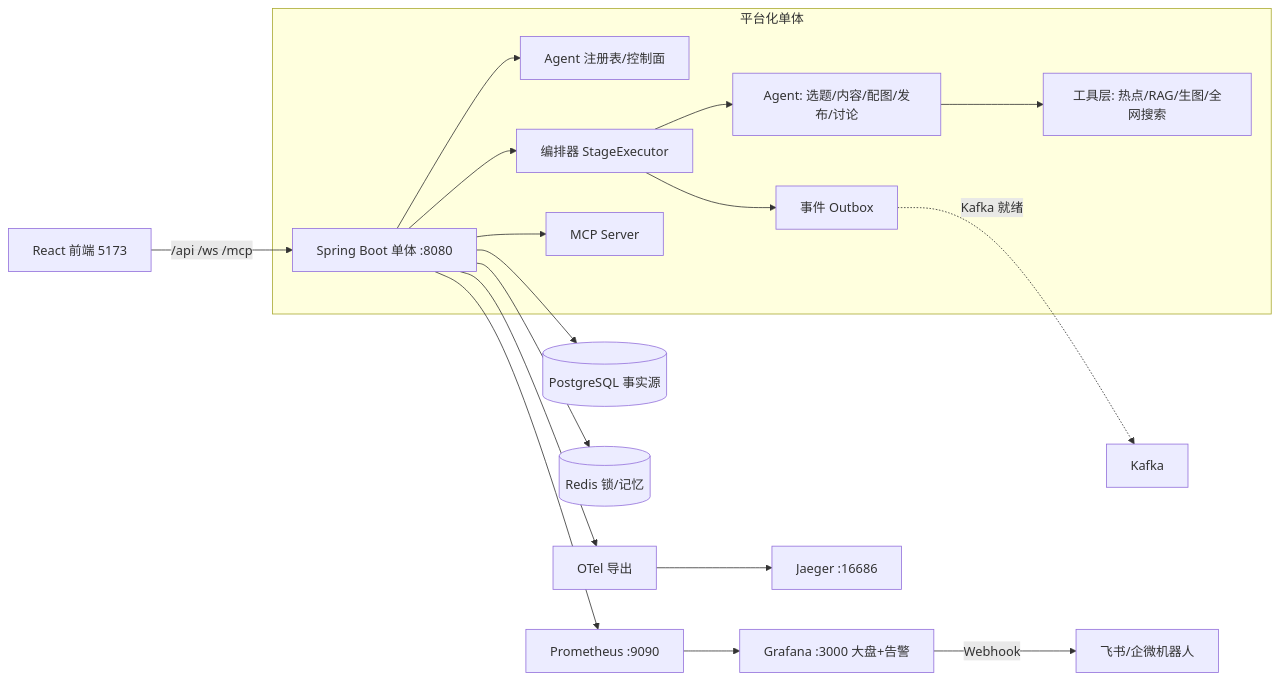
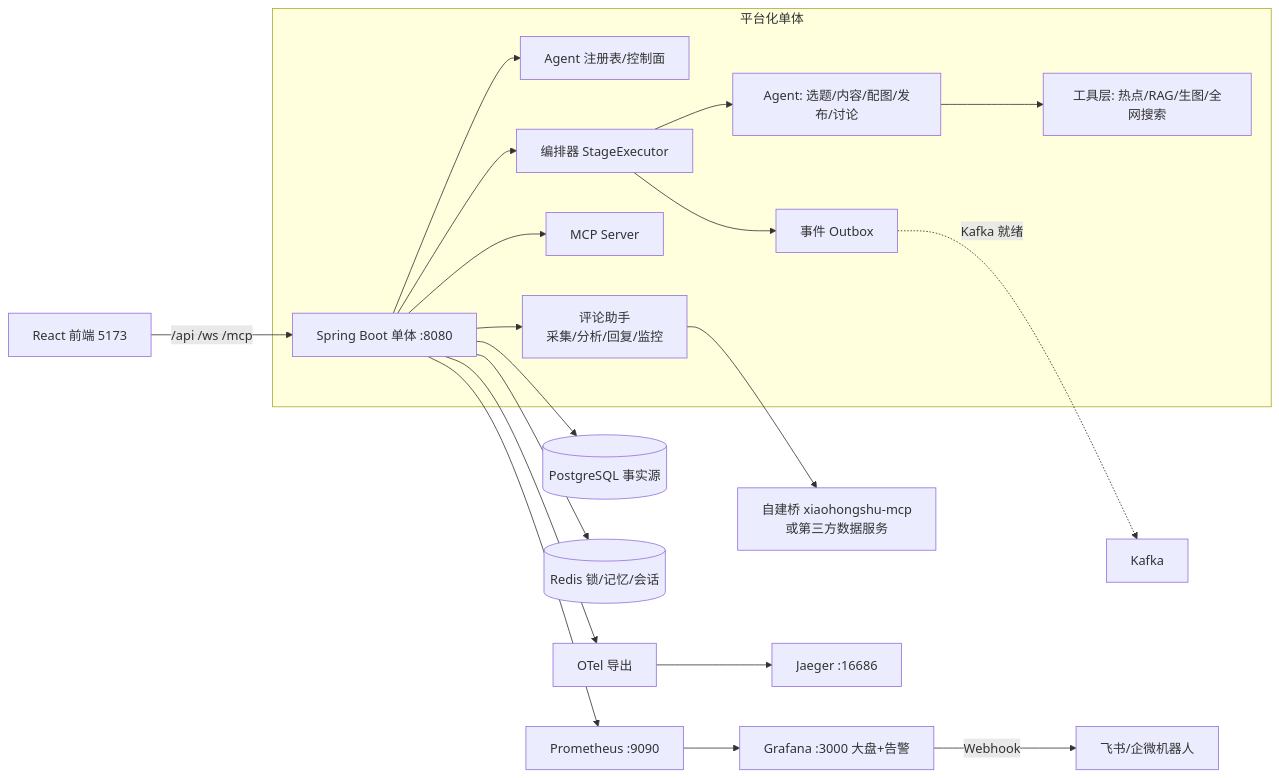
One commit to WengWengOK/content-ops-platform changed the diagram in README.md. Above: the diagram before and after it, drawn with Mermaid. The commit also changed other lines of this file and 6 other files, not shown here.

````diff
--- a/README.md
+++ b/README.md
@@ -21,20 +24,22 @@
 ```mermaid
 flowchart LR
     FE[React 前端 5173] -->|/api /ws /mcp| API[Spring Boot 单体 :8080]
     subgraph 平台化单体
         API --> REG[Agent 注册表/控制面]
         API --> WF[编排器 StageExecutor]
         API --> MCP[MCP Server]
+        API --> CM[评论助手<br/>采集/分析/回复/监控]
         WF --> AG[Agent: 选题/内容/配图/发布/讨论]
         AG --> TS[工具层: 热点/RAG/生图/全网搜索]
         WF --> OB[事件 Outbox]
     end
+    CM --> XHS[自建桥 xiaohongshu-mcp<br/>或第三方数据服务]
     API --> PG[(PostgreSQL 事实源)]
-    API --> RD[(Redis 锁/记忆)]
+    API --> RD[(Redis 锁/记忆/会话)]
     OB -.Kafka 就绪.-> K[Kafka]
     API --> OT[OTel 导出]
     OT --> JQ[Jaeger :16686]
     API --> PM[Prometheus :9090]
     PM --> GF[Grafana :3000 大盘+告警]
     GF -->|Webhook| BOT[飞书/企微机器人]
 ```
````
